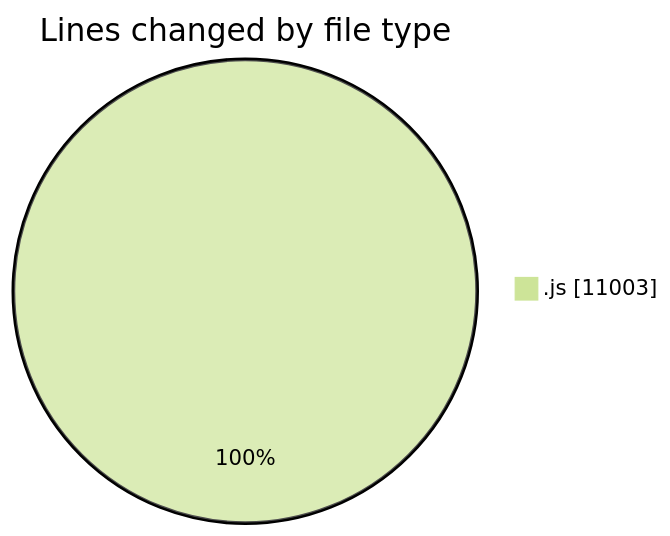
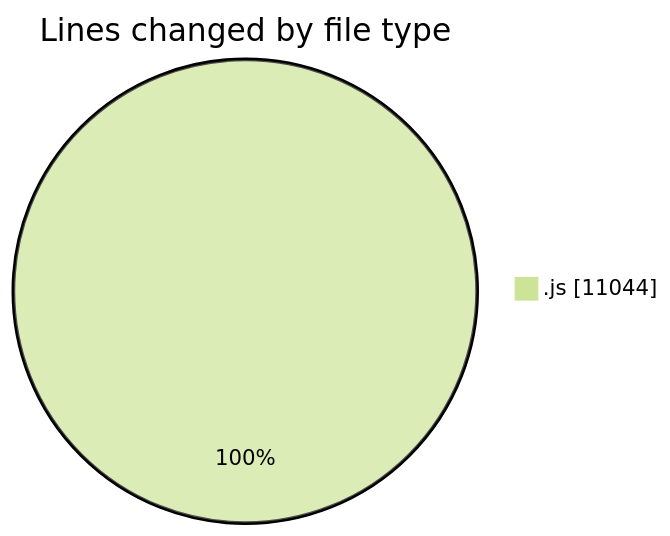
One commit to nxtqubesakshisongat/code-tracking changed the first of 2 diagrams in 2025-08-11/nxtqube_webapp/README.md. Above: the diagram before and after it, drawn with Mermaid (forest theme). The commit also changed other lines of this file and 1 other file, not shown here.

````diff
--- a/2025-08-11/nxtqube_webapp/README.md
+++ b/2025-08-11/nxtqube_webapp/README.md
@@ -21,5 +21,5 @@
 ```mermaid
 pie showData
 title Lines changed by file type
-".js" : 11003
+".js" : 11044
 ```
````
